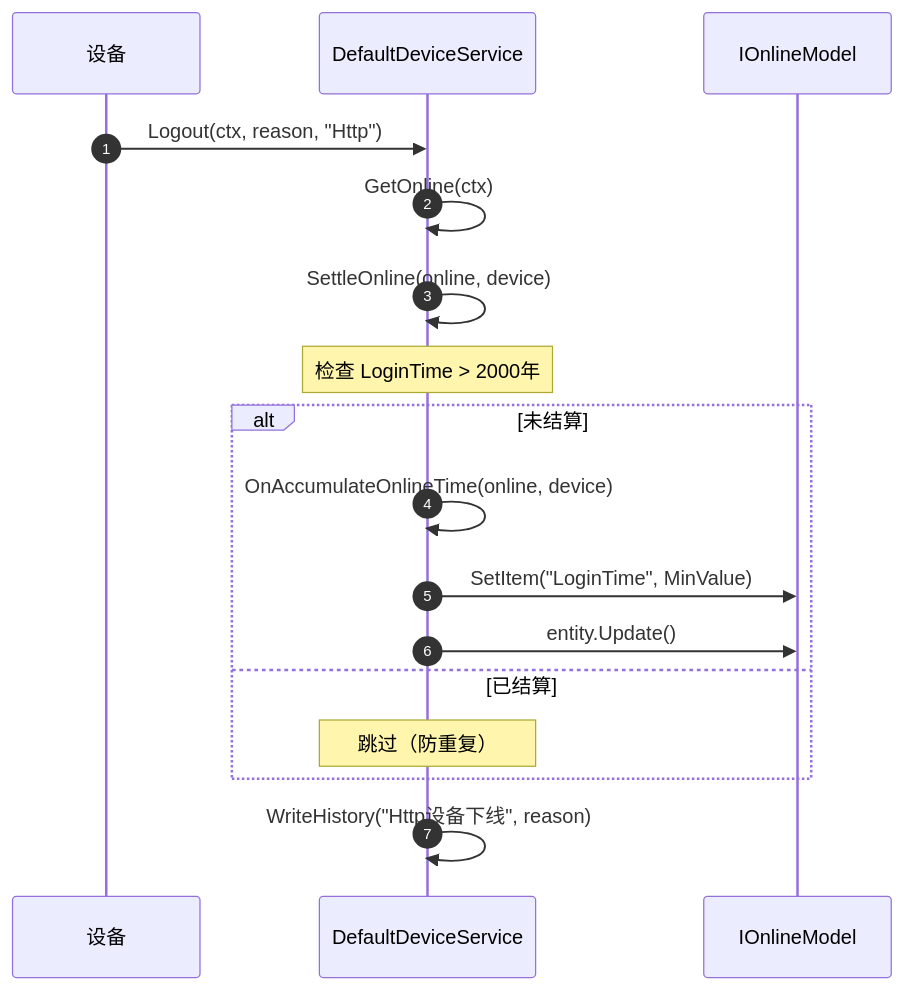
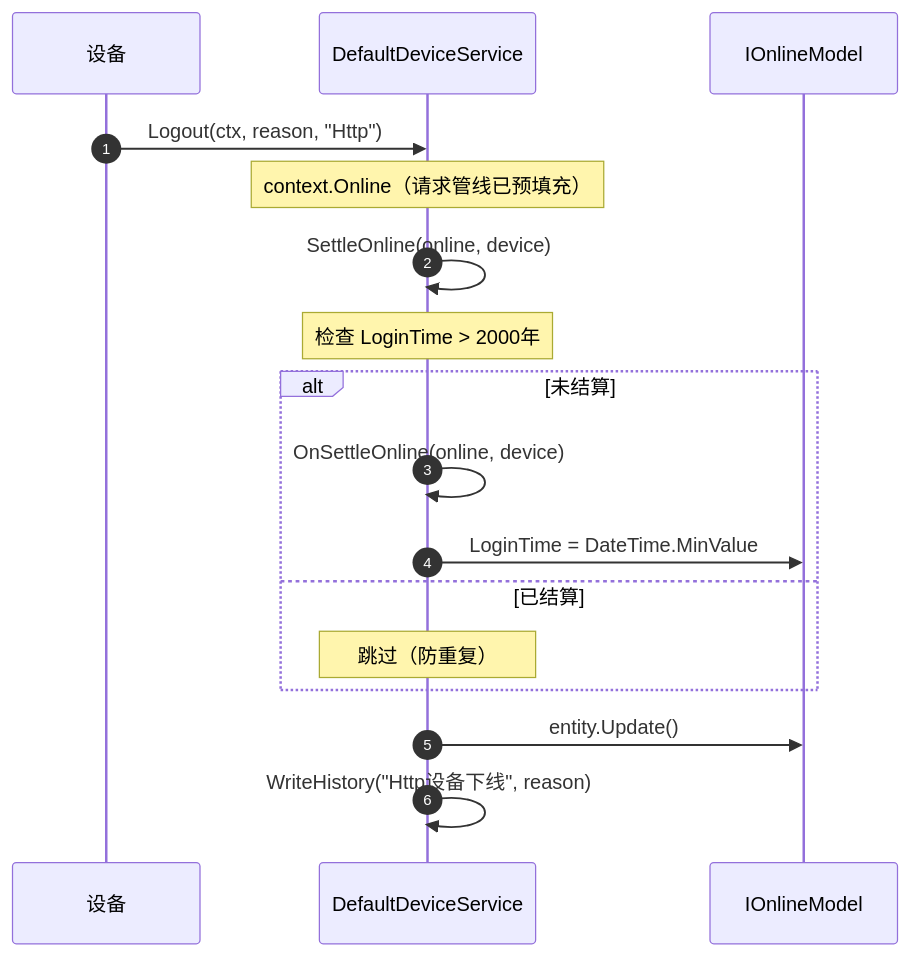
One commit to NewLifeX/NewLife.Remoting changed the fifth of 10 diagrams in Doc/SRV-服务端架构.md. Above: the diagram before and after it, drawn with Mermaid. The commit also changed other lines of this file, not shown here.

First line of the commit message:
优化注销与心跳流程时序及状态图逻辑

````diff
--- a/Doc/SRV-服务端架构.md
+++ b/Doc/SRV-服务端架构.md
@@ -163,22 +163,22 @@
 ```mermaid
 sequenceDiagram
     autonumber
     participant D as 设备
     participant DS as DefaultDeviceService
     participant Online as IOnlineModel
 
     D->>DS: Logout(ctx, reason, "Http")
-    DS->>DS: GetOnline(ctx)
+    Note over DS: context.Online（请求管线已预填充）
     DS->>DS: SettleOnline(online, device)
 
     Note over DS: 检查 LoginTime > 2000年
     alt 未结算
-        DS->>DS: OnAccumulateOnlineTime(online, device)
-        DS->>Online: SetItem("LoginTime", MinValue)
-        DS->>Online: entity.Update()
+        DS->>DS: OnSettleOnline(online, device)
+        DS->>Online: LoginTime = DateTime.MinValue
     else 已结算
         Note over DS: 跳过（防重复）
     end
 
+    DS->>Online: entity.Update()
     DS->>DS: WriteHistory("Http设备下线", reason)
 ```
````
